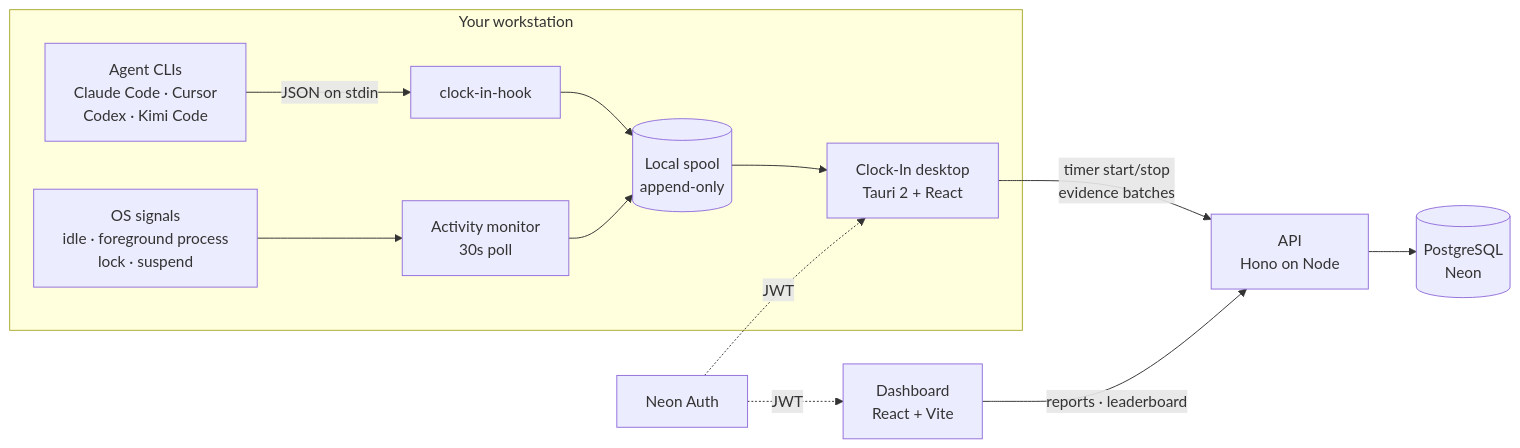
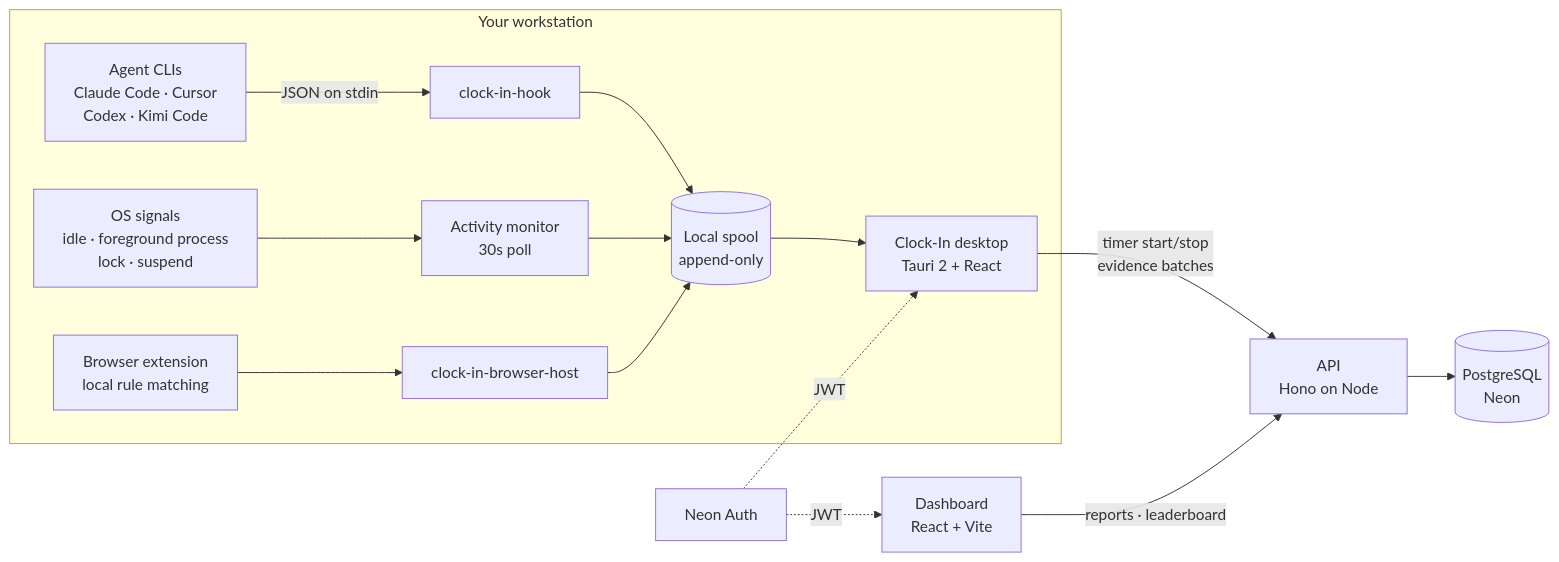
The diagram in README.md (fpresta0607/Clock-In), drawn with Mermaid before and after one commit. The commit also changed other lines of this file and 2 other files, not shown here.

````diff
--- a/README.md
+++ b/README.md
@@ -45,16 +49,18 @@
 ```mermaid
 flowchart LR
     subgraph WS["Your workstation"]
         CLI["Agent CLIs<br/>Claude Code · Cursor<br/>Codex · Kimi Code"] -->|"JSON on stdin"| HOOK["clock-in-hook"]
         OS["OS signals<br/>idle · foreground process<br/>lock · suspend"] --> MON["Activity monitor<br/>30s poll"]
         HOOK --> SPOOL[("Local spool<br/>append-only")]
         MON --> SPOOL
+        EXT["Browser extension<br/>local rule matching"] --> BHOST["clock-in-browser-host"]
+        BHOST --> SPOOL
         SPOOL --> APP["Clock-In desktop<br/>Tauri 2 + React"]
     end
 
     APP -->|"timer start/stop<br/>evidence batches"| API["API<br/>Hono on Node"]
     WEB["Dashboard<br/>React + Vite"] -->|"reports · leaderboard"| API
     API --> DB[("PostgreSQL<br/>Neon")]
     AUTH["Neon Auth"] -.->|"JWT"| APP
     AUTH -.->|"JWT"| WEB
 ```
````
